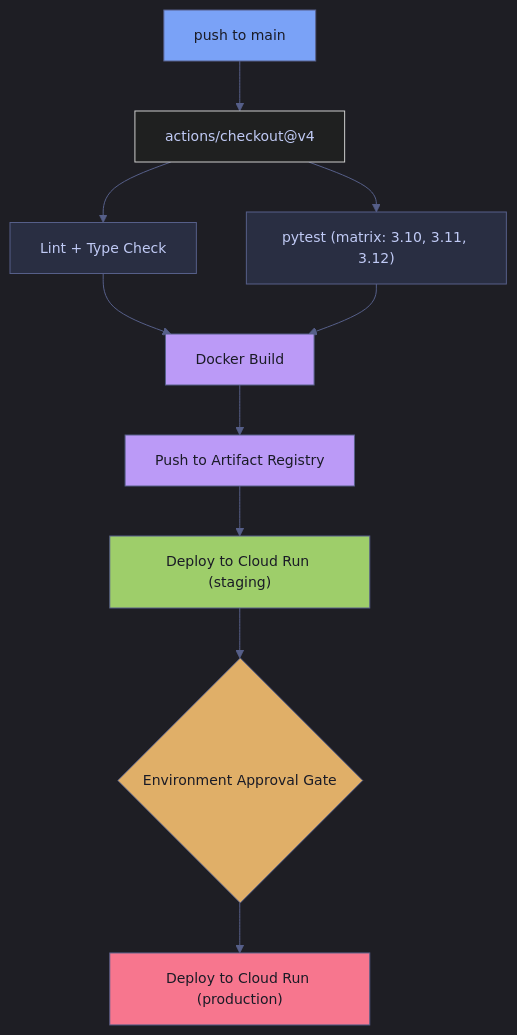
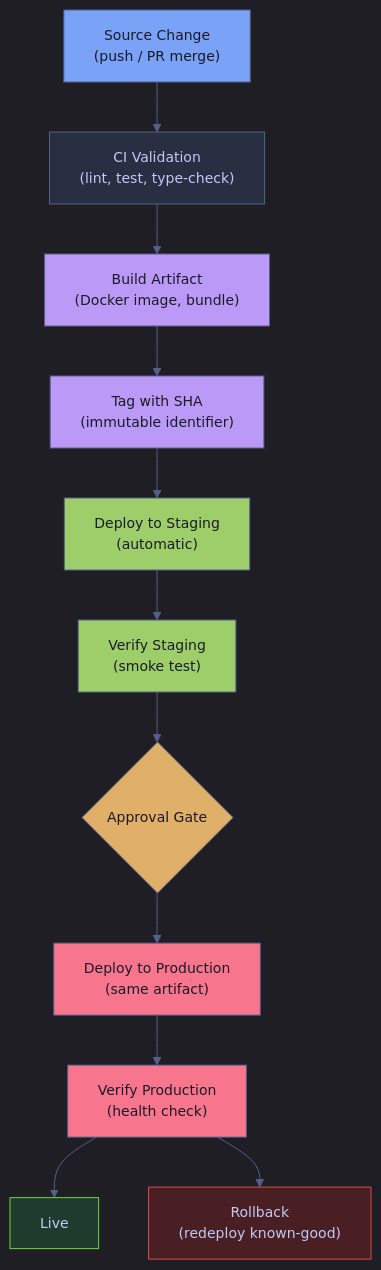
One commit to alp78/elysium changed the diagram in content/10-GitHub-Actions/03-github-actions-ci-cd.md. Above: the diagram before and after it, drawn with Mermaid. The commit also changed other lines of this file and 13 other files, not shown here.

````diff
--- a/content/10-GitHub-Actions/03-github-actions-ci-cd.md
+++ b/content/10-GitHub-Actions/03-github-actions-ci-cd.md
@@ -643,33 +58,37 @@
 ```mermaid
 %%{init: {'theme': 'dark', 'themeVariables': {
   'primaryColor': '#292e42',
   'primaryTextColor': '#c0caf5',
   'primaryBorderColor': '#565f89',
   'lineColor': '#565f89',
   'secondaryColor': '#1a1b26',
   'tertiaryColor': '#24283b',
   'noteTextColor': '#c0caf5',
   'noteBkgColor': '#292e42',
   'textColor': '#c0caf5',
   'fontSize': '14px'
 }}}%%
 flowchart TD
-    push["push to main"] --> checkout["actions/checkout@v4"]
-    checkout --> lint["Lint + Type Check"]
-    checkout --> test["pytest (matrix: 3.10, 3.11, 3.12)"]
-    lint --> build["Docker Build"]
-    test --> build
-    build --> push_img["Push to Artifact Registry"]
-    push_img --> deploy_stg["Deploy to Cloud Run (staging)"]
-    deploy_stg --> approval{"Environment Approval Gate"}
-    approval --> deploy_prod["Deploy to Cloud Run (production)"]
+    source["Source Change<br/>(push / PR merge)"] --> ci["CI Validation<br/>(lint, test, type-check)"]
+    ci --> build["Build Artifact<br/>(Docker image, bundle)"]
+    build --> tag["Tag with SHA<br/>(immutable identifier)"]
+    tag --> staging["Deploy to Staging<br/>(automatic)"]
+    staging --> verify_stg["Verify Staging<br/>(smoke test)"]
+    verify_stg --> gate{"Approval Gate"}
+    gate --> prod["Deploy to Production<br/>(same artifact)"]
+    prod --> verify_prod["Verify Production<br/>(health check)"]
+    verify_prod --> done["Live"]
+    verify_prod --> rollback["Rollback<br/>(redeploy known-good)"]
 
-    style push fill:#7aa2f7,stroke:#565f89,color:#1a1b26
-    style lint fill:#292e42,stroke:#565f89,color:#c0caf5
-    style test fill:#292e42,stroke:#565f89,color:#c0caf5
+    style source fill:#7aa2f7,stroke:#565f89,color:#1a1b26
+    style ci fill:#292e42,stroke:#565f89,color:#c0caf5
     style build fill:#bb9af7,stroke:#565f89,color:#1a1b26
-    style push_img fill:#bb9af7,stroke:#565f89,color:#1a1b26
-    style deploy_stg fill:#9ece6a,stroke:#565f89,color:#1a1b26
-    style approval fill:#e0af68,stroke:#565f89,color:#1a1b26
-    style deploy_prod fill:#f7768e,stroke:#565f89,color:#1a1b26
+    style tag fill:#bb9af7,stroke:#565f89,color:#1a1b26
+    style staging fill:#9ece6a,stroke:#565f89,color:#1a1b26
+    style verify_stg fill:#9ece6a,stroke:#565f89,color:#1a1b26
+    style gate fill:#e0af68,stroke:#565f89,color:#1a1b26
+    style prod fill:#f7768e,stroke:#565f89,color:#1a1b26
+    style verify_prod fill:#f7768e,stroke:#565f89,color:#1a1b26
+    style done fill:#1f3b2d,stroke:#73d13d,color:#c0caf5
+    style rollback fill:#4a1f24,stroke:#db4b4b,color:#c0caf5
 ```
````
